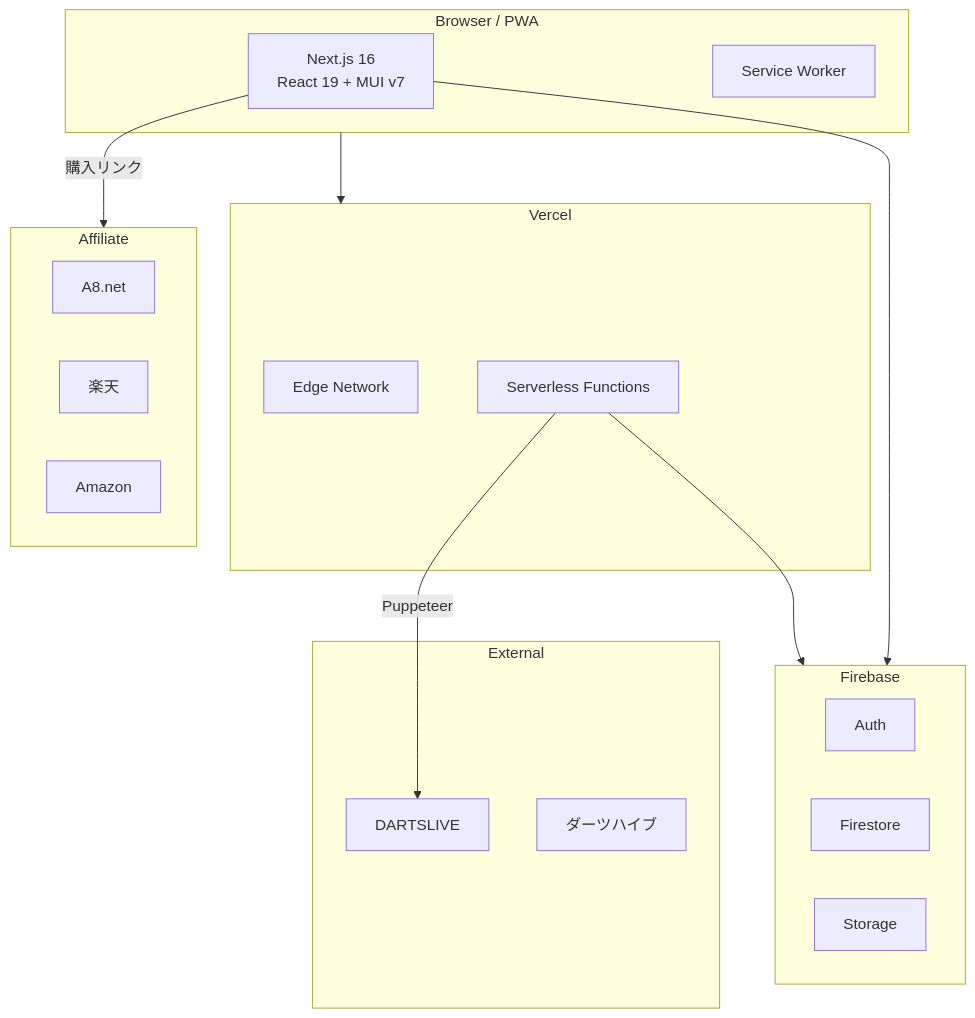
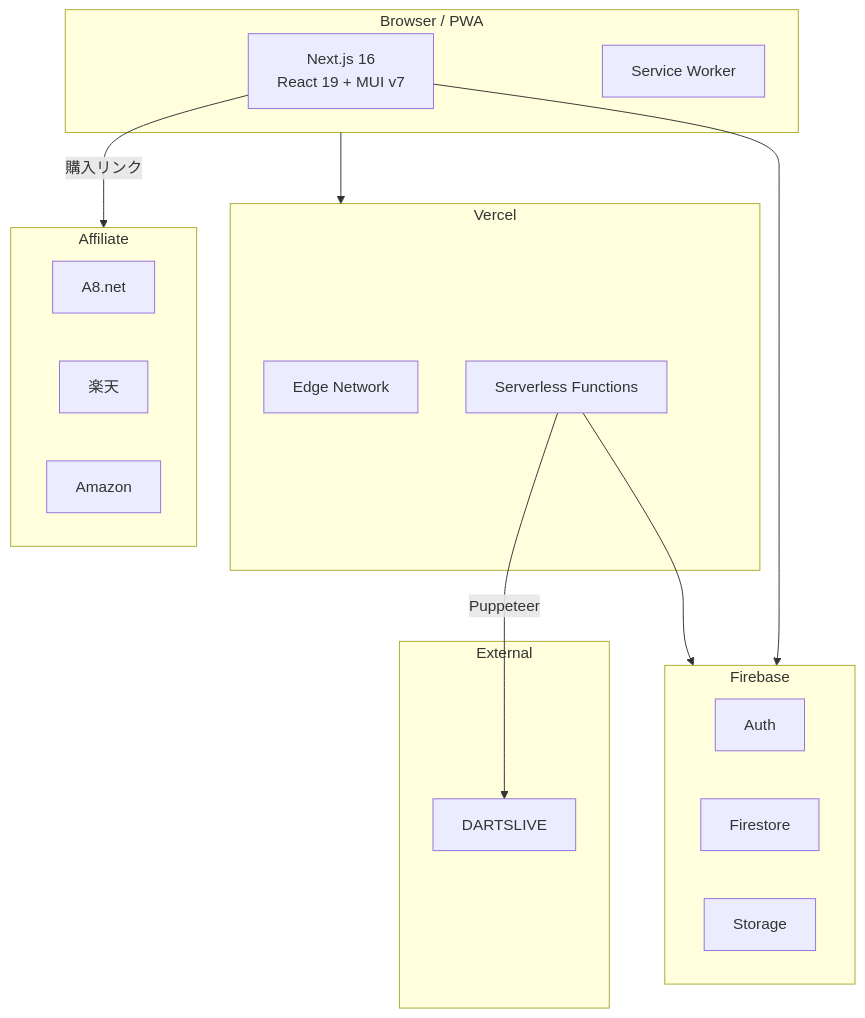
The diagram in README.md (seiryuu1215/darts-app), drawn with Mermaid before and after one commit. The commit also changed other lines of this file and 10 other files, not shown here.

````diff
--- a/README.md
+++ b/README.md
@@ -61,35 +84,34 @@
 ```mermaid
 graph TB
     subgraph Client["Browser / PWA"]
         App["Next.js 16<br/>React 19 + MUI v7"]
         SW["Service Worker"]
     end
 
     subgraph Vercel
         Edge["Edge Network"]
         SF["Serverless Functions"]
     end
 
     subgraph Firebase
         Auth["Auth"]
         FS["Firestore"]
         ST["Storage"]
     end
 
     subgraph External
         DL["DARTSLIVE"]
-        DH["ダーツハイブ"]
     end
 
     subgraph Affiliate
         A8["A8.net"]
         RK["楽天"]
         AZ["Amazon"]
     end
 
     Client --> Vercel
     SF --> Firebase
     SF -->|Puppeteer| DL
     App --> Firebase
     App -->|購入リンク| Affiliate
 ```
````
